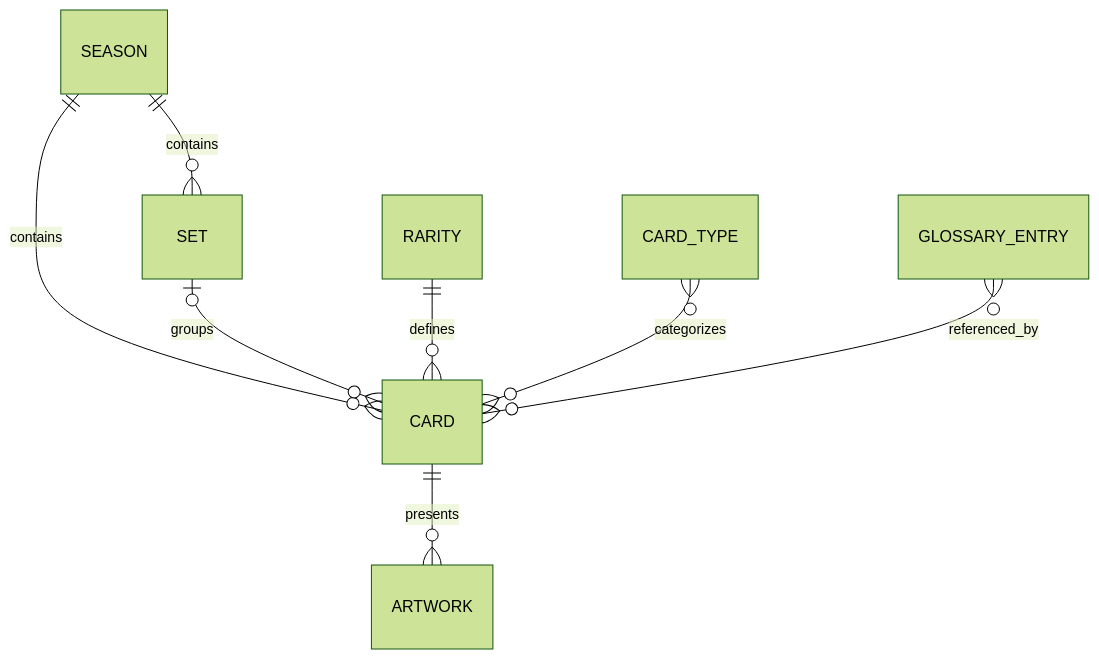
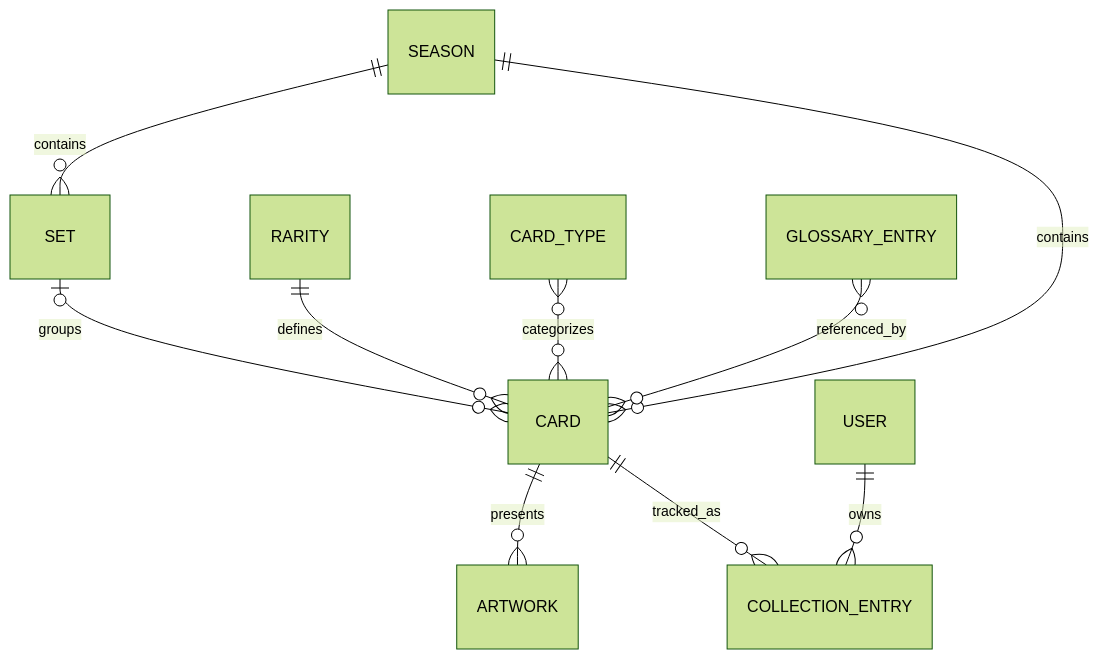
One commit to Itoshuga/Safirdex changed the diagram in docs/data-model.md. Above: the diagram before and after it, drawn with Mermaid (forest theme). The commit also changed other lines of this file and 87 other files, not shown here.

````diff
--- a/docs/data-model.md
+++ b/docs/data-model.md
@@ -11,10 +11,12 @@
 ```mermaid
 erDiagram
     SEASON ||--o{ SET : contains
     SEASON ||--o{ CARD : contains
     SET o|--o{ CARD : groups
     RARITY ||--o{ CARD : defines
     CARD_TYPE }o--o{ CARD : categorizes
     CARD ||--o{ ARTWORK : presents
     GLOSSARY_ENTRY }o--o{ CARD : referenced_by
+    USER ||--o{ COLLECTION_ENTRY : owns
+    CARD ||--o{ COLLECTION_ENTRY : tracked_as
 ```
````
